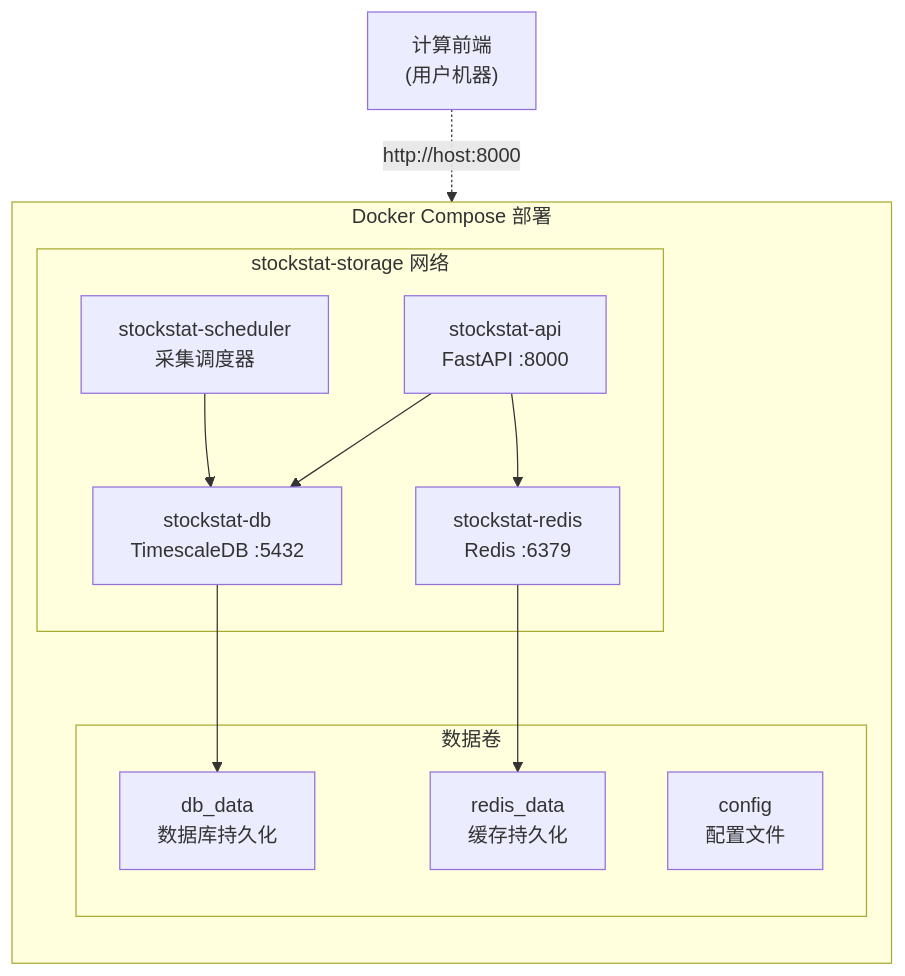
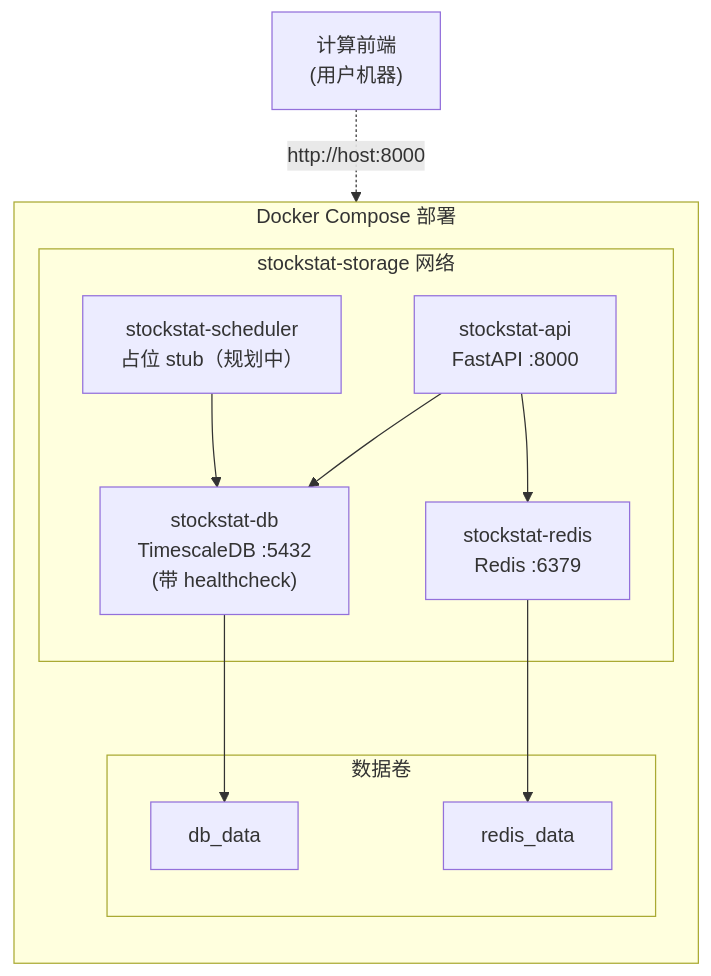
One commit to RESBI/StockStatistic changed diagram 19 of 23 in DESIGN_CN.md. Above: the diagram before and after it, drawn with Mermaid. The commit also changed other lines of this file and 12 other files, not shown here.

````diff
--- a/DESIGN_CN.md
+++ b/DESIGN_CN.md
@@ -1461,27 +1525,26 @@
 ```mermaid
 graph TB
     subgraph "Docker Compose 部署"
         direction TB
-        
+
         subgraph "stockstat-storage 网络"
             API_C["stockstat-api<br/>FastAPI :8000"]
-            DB_C["stockstat-db<br/>TimescaleDB :5432"]
+            DB_C["stockstat-db<br/>TimescaleDB :5432<br/>(带 healthcheck)"]
             REDIS_C["stockstat-redis<br/>Redis :6379"]
-            SCHED_C["stockstat-scheduler<br/>采集调度器"]
+            SCHED_C["stockstat-scheduler<br/>占位 stub（规划中）"]
         end
-        
+
         subgraph "数据卷"
-            V1["db_data<br/>数据库持久化"]
-            V2["redis_data<br/>缓存持久化"]
-            V3["config<br/>配置文件"]
+            V1["db_data"]
+            V2["redis_data"]
         end
-        
+
         API_C --> DB_C
         API_C --> REDIS_C
         SCHED_C --> DB_C
         DB_C --> V1
         REDIS_C --> V2
     end
-    
+
     USER["计算前端<br/>(用户机器)"] -.->|"http://host:8000"| API_C
 ```
````
